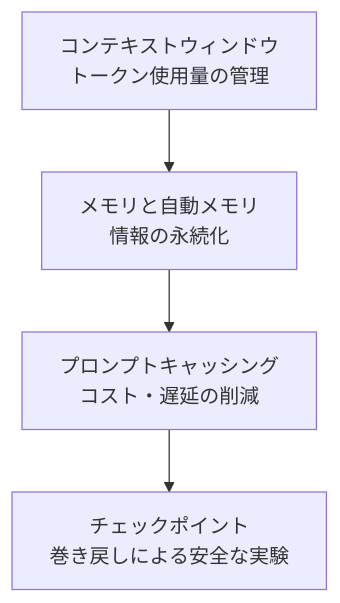
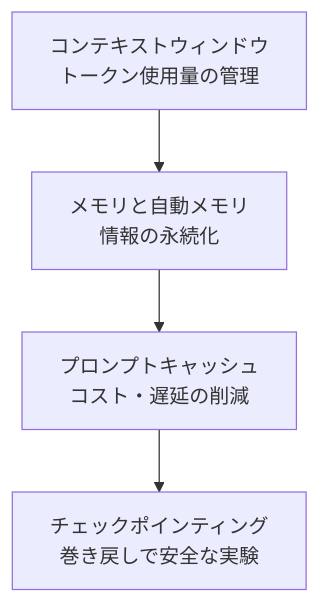
The diagram in docs-site/content/ja/claude-code/context-memory/_index.md (modu-ai/moai-adk), drawn with Mermaid before and after one commit. The commit also changed other lines of this file and 395 other files, not shown here.

````diff
--- a/docs-site/content/ja/claude-code/context-memory/_index.md
+++ b/docs-site/content/ja/claude-code/context-memory/_index.md
@@ -16,6 +18,6 @@
 ```mermaid
 flowchart TD
     A[コンテキストウィンドウ<br>トークン使用量の管理] --> B[メモリと自動メモリ<br>情報の永続化]
-    B --> C[プロンプトキャッシング<br>コスト・遅延の削減]
-    C --> D[チェックポイント<br>巻き戻しによる安全な実験]
+    B --> C[プロンプトキャッシュ<br>コスト・遅延の削減]
+    C --> D[チェックポインティング<br>巻き戻しで安全な実験]
 ```
````
